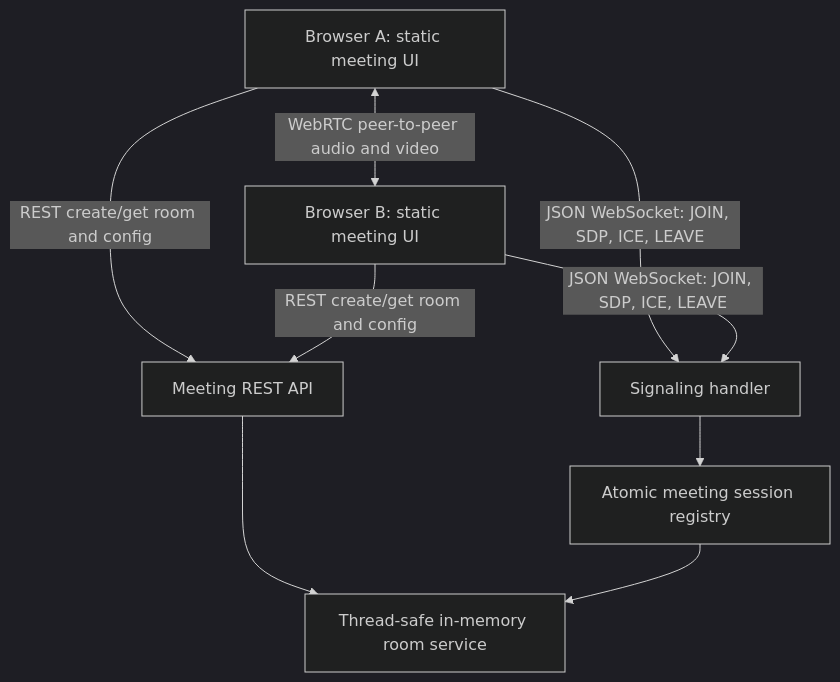
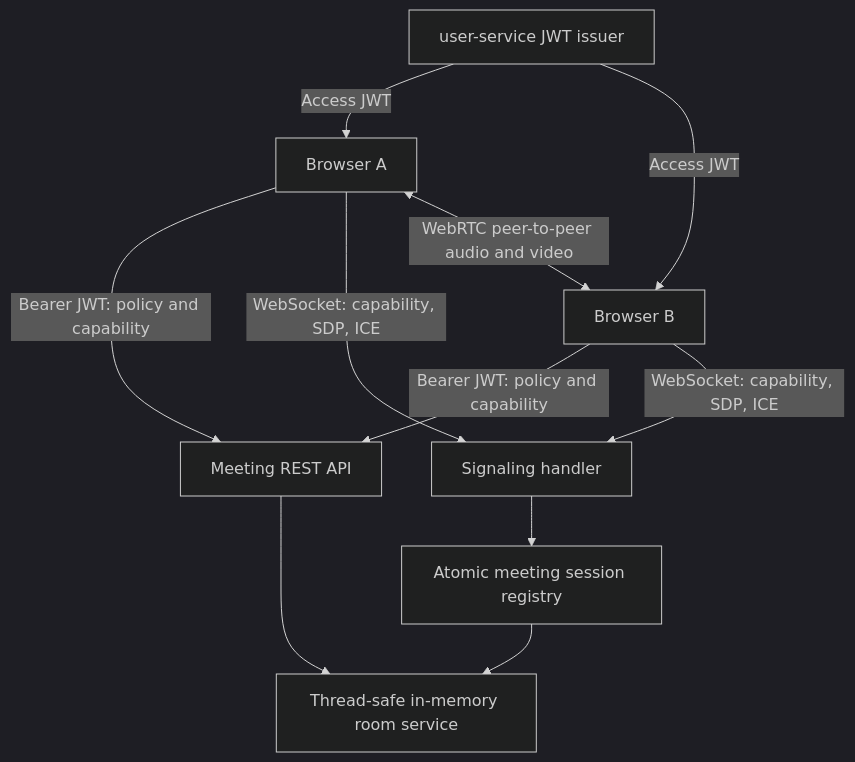
The first of 3 diagrams in docs/meeting-service.md (svirinagalina/advent-academy), drawn with Mermaid (dark theme) before and after one commit. The commit also changed other lines of this file and 62 other files, not shown here.

````diff
--- a/docs/meeting-service.md
+++ b/docs/meeting-service.md
@@ -28,11 +29,13 @@
 ```mermaid
 flowchart TD
-    UI1["Browser A: static meeting UI"] -->|"REST create/get room and config"| API["Meeting REST API"]
-    UI2["Browser B: static meeting UI"] -->|"REST create/get room and config"| API
-    UI1 -->|"JSON WebSocket: JOIN, SDP, ICE, LEAVE"| WS["Signaling handler"]
-    UI2 -->|"JSON WebSocket: JOIN, SDP, ICE, LEAVE"| WS
+    AUTH["user-service JWT issuer"] -->|"Access JWT"| UI1["Browser A"]
+    AUTH -->|"Access JWT"| UI2["Browser B"]
+    UI1 -->|"Bearer JWT: policy and capability"| API["Meeting REST API"]
+    UI2 -->|"Bearer JWT: policy and capability"| API
+    UI1 -->|"WebSocket: capability, SDP, ICE"| WS["Signaling handler"]
+    UI2 -->|"WebSocket: capability, SDP, ICE"| WS
     API --> REG["Thread-safe in-memory room service"]
     WS --> SESSION["Atomic meeting session registry"]
     SESSION --> REG
     UI1 <-->|"WebRTC peer-to-peer audio and video"| UI2
 ```
````
